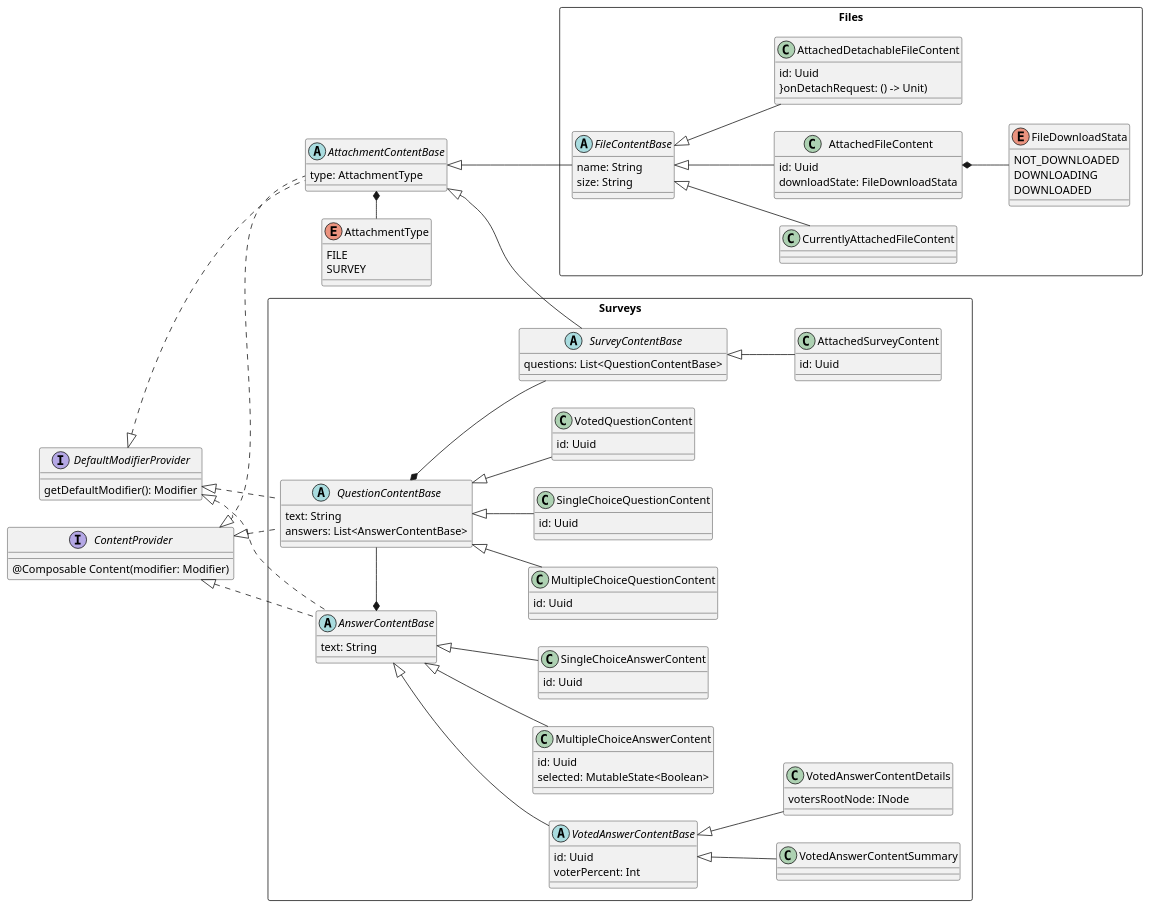
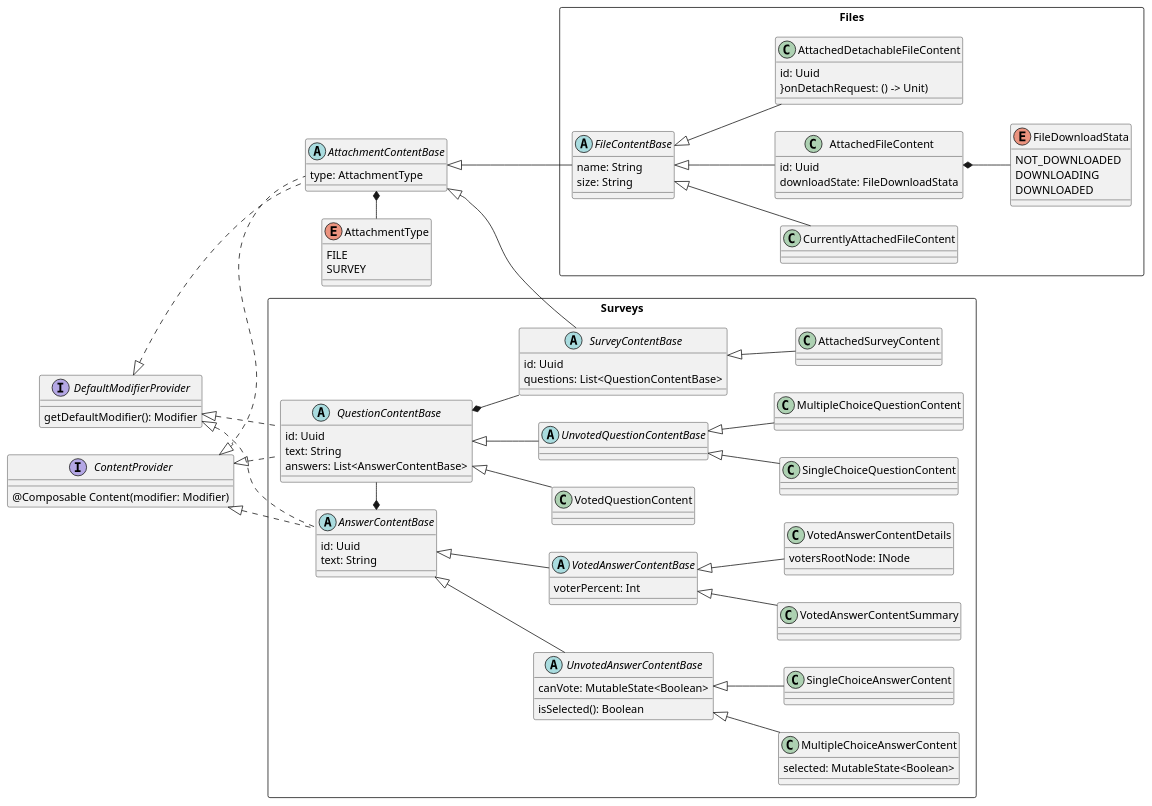
One commit to astu-app/ASTU-APP changed the diagram in features/bulletinBoardFeature/src/commonMain/kotlin/org/astu/feature/bulletinBoard/views/components/attachments/attachments.puml. Above: the diagram before and after it, drawn with PlantUML. The commit also changed 60 other files, not shown here.

```diff
--- a/features/bulletinBoardFeature/src/commonMain/kotlin/org/astu/feature/bulletinBoard/views/components/attachments/attachments.puml
+++ b/features/bulletinBoardFeature/src/commonMain/kotlin/org/astu/feature/bulletinBoard/views/components/attachments/attachments.puml
@@ -1,121 +1,115 @@
 @startuml
 'https://plantuml.com/class-diagram
 
 left to right direction
 
 interface DefaultModifierProvider {
     getDefaultModifier(): Modifier
 }
 interface ContentProvider {
     @Composable Content(modifier: Modifier)
 }
 
 enum AttachmentType {
     FILE
     SURVEY
 }
 
 abstract class AttachmentContentBase {
     type: AttachmentType
 }
 ContentProvider <|.. AttachmentContentBase
 DefaultModifierProvider <|.. AttachmentContentBase
 AttachmentContentBase *-right- AttachmentType
 
 
 '''''''''''''''''''''''''''''''' ФАЙЛЫ
 rectangle Files {
     abstract class FileContentBase {
         name: String
         size: String
     }
     AttachmentContentBase <|-- FileContentBase
 
     class CurrentlyAttachedFileContent extends FileContentBase { }
 
     enum FileDownloadStata {
         NOT_DOWNLOADED
         DOWNLOADING
         DOWNLOADED
     }
 
     class AttachedFileContent extends FileContentBase {
         id: Uuid
         downloadState: FileDownloadStata
     }
     AttachedFileContent *-down- FileDownloadStata
 
     class AttachedDetachableFileContent extends FileContentBase {
         id: Uuid
         {field} }onDetachRequest: () -> Unit)
     }
 }
 
 '''''''''''''''''''''''''''''''' ОПРОСЫ
 rectangle Surveys {
     ''''''''''''' Варианты ответов
     abstract class AnswerContentBase{
+            id: Uuid
         text: String
     }
     ContentProvider <|.. AnswerContentBase
     DefaultModifierProvider <|.. AnswerContentBase
-    class MultipleChoiceAnswerContent extends AnswerContentBase {
-        id: Uuid
+    abstract class UnvotedAnswerContentBase extends AnswerContentBase {
+        canVote: MutableState<Boolean>
+        isSelected(): Boolean
+    }
+    class MultipleChoiceAnswerContent extends UnvotedAnswerContentBase {
         selected: MutableState<Boolean>
     }
-    class SingleChoiceAnswerContent extends AnswerContentBase {
-        id: Uuid
+    class SingleChoiceAnswerContent extends UnvotedAnswerContentBase {
     }
 
     abstract class VotedAnswerContentBase extends AnswerContentBase {
-        id: Uuid
         voterPercent: Int
     }
     class VotedAnswerContentSummary extends VotedAnswerContentBase {
 
     }
     class VotedAnswerContentDetails extends VotedAnswerContentBase {
         votersRootNode: INode
     }
 
-'    class CurrentlyCreatedAnswerContent extends AnswerContentBase {
-'    }
-
     ''''''''''''' Вопросы
     abstract class QuestionContentBase {
+        id: Uuid
         text: String
         answers: List<AnswerContentBase>
     }
     ContentProvider <|.. QuestionContentBase
     DefaultModifierProvider <|.. QuestionContentBase
     AnswerContentBase *-right- QuestionContentBase
 
-    class MultipleChoiceQuestionContent extends QuestionContentBase {
-        id: Uuid
+    abstract class UnvotedQuestionContentBase extends QuestionContentBase {
     }
-    class SingleChoiceQuestionContent extends QuestionContentBase {
-        id: Uuid
+    class MultipleChoiceQuestionContent extends UnvotedQuestionContentBase {
+    }
+    class SingleChoiceQuestionContent extends UnvotedQuestionContentBase {
     }
     class VotedQuestionContent extends QuestionContentBase {
-        id: Uuid
     }
-'    class CurrentlyCreatedQuestionContent extends QuestionContentBase { }
 
 
     ''''''''''''' Опросы
     abstract class SurveyContentBase {
+        id: Uuid
         questions: List<QuestionContentBase>
     }
     AttachmentContentBase <|-- SurveyContentBase
     QuestionContentBase *-- SurveyContentBase
 
     class AttachedSurveyContent extends SurveyContentBase {
-        id: Uuid
     }
-
-'    class CurrentlyCreatedSurveyContent extends SurveyContentBase {
-'        {field} onSurveyDeleteRequest: () -> Unit
-'    }
 }
 
 @enduml
```
